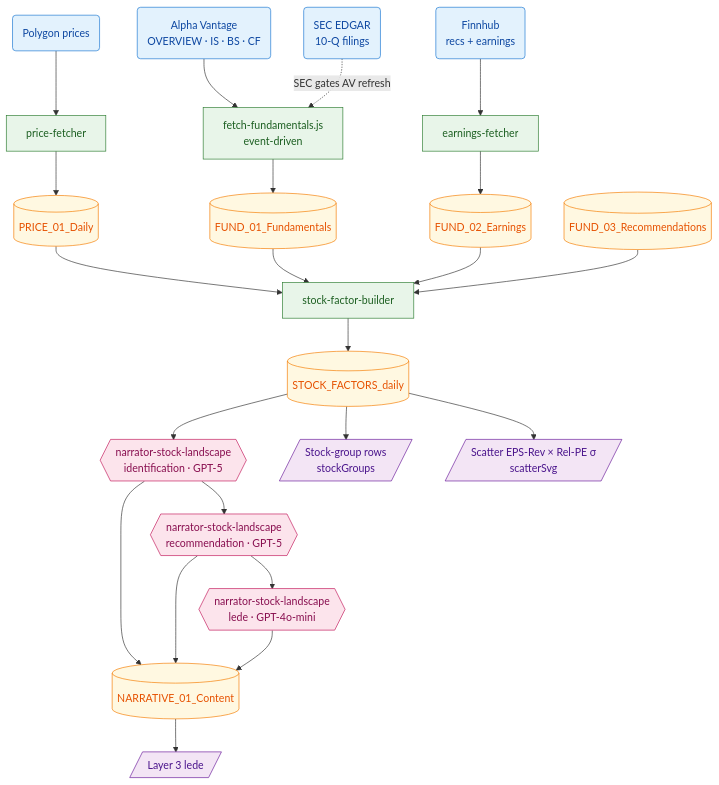
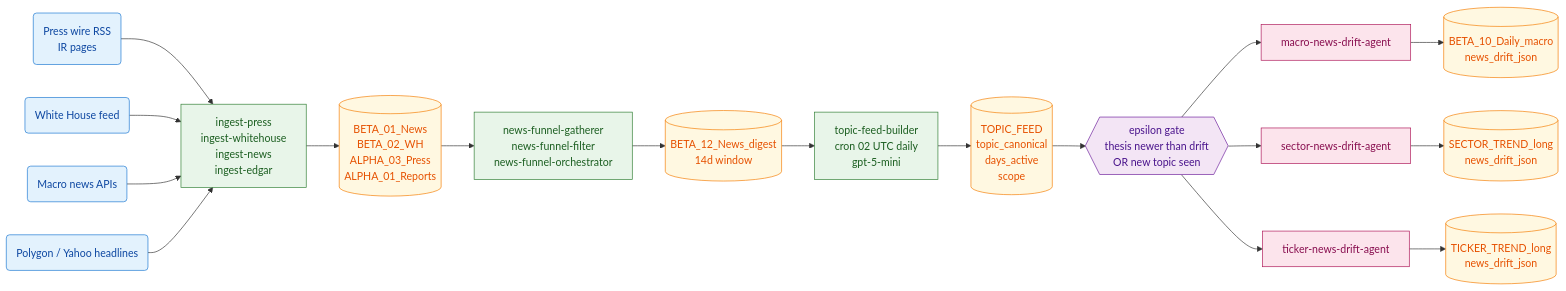
The fourth of 6 diagrams in docs/SYSTEM_REFERENCE.md (grodcas/Hedge-Portfolio), drawn with Mermaid before and after one commit. The commit also changed other lines of this file and 29 other files, not shown here.

````diff
--- a/docs/SYSTEM_REFERENCE.md
+++ b/docs/SYSTEM_REFERENCE.md
@@ -471,54 +198,49 @@
 ```mermaid
-flowchart TD
-    R1(Polygon prices):::src
-    R2(Alpha Vantage<br/>OVERVIEW · IS · BS · CF):::src
-    R3(Finnhub<br/>recs + earnings):::src
-    R4(SEC EDGAR<br/>10-Q filings):::src
+flowchart LR
+    R1(Press wire RSS<br/>IR pages):::src
+    R2(White House feed):::src
+    R3(Macro news APIs):::src
+    R4(Polygon / Yahoo headlines):::src
 
-    C1[price-fetcher]:::code
-    C2[fetch-fundamentals.js<br/>event-driven]:::code
-    C3[earnings-fetcher]:::code
-    C4[stock-factor-builder]:::code
+    C1[ingest-press<br/>ingest-whitehouse<br/>ingest-news<br/>ingest-edgar]:::code
+    C2[news-funnel-gatherer<br/>news-funnel-filter<br/>news-funnel-orchestrator]:::code
+    C3[topic-feed-builder<br/>cron 02 UTC daily<br/>gpt-5-mini]:::code
 
-    T1[(PRICE_01_Daily)]:::db
-    T2[(FUND_01_Fundamentals)]:::db
-    T3[(FUND_02_Earnings)]:::db
-    T4[(FUND_03_Recommendations)]:::db
-    T5[(STOCK_FACTORS_daily)]:::db
-    T6[(NARRATIVE_01_Content)]:::db
+    T1[(BETA_01_News<br/>BETA_02_WH<br/>ALPHA_03_Press<br/>ALPHA_01_Reports)]:::db
+    T2[(BETA_12_News_digest<br/>14d window)]:::db
+    T3[(TOPIC_FEED<br/>topic_canonical<br/>days_active<br/>scope)]:::db
 
-    A1{{narrator-stock-landscape<br/>identification · GPT-5}}:::agentLLM
-    A2{{narrator-stock-landscape<br/>recommendation · GPT-5}}:::agentLLM
-    A3{{narrator-stock-landscape<br/>lede · GPT-4o-mini}}:::agentLLM
+    A1[macro-news-drift-agent]:::agent
+    A2[sector-news-drift-agent]:::agent
+    A3[ticker-news-drift-agent]:::agent
 
-    D1[/Stock-group rows<br/>stockGroups/]:::ui
-    D2[/Scatter EPS-Rev × Rel-PE σ<br/>scatterSvg/]:::ui
-    D3[/Layer 3 lede/]:::ui
+    G1{{epsilon gate<br/>thesis newer than drift<br/>OR new topic seen}}:::gate
 
-    R1 --> C1 --> T1
-    R2 --> C2 --> T2
-    R3 --> C3 --> T3
-    R4 -. SEC gates AV refresh .-> C2
+    DBM[(BETA_10_Daily_macro<br/>news_drift_json)]:::db
+    DBS[(SECTOR_TREND_long<br/>news_drift_json)]:::db
+    DBT[(TICKER_TREND_long<br/>news_drift_json)]:::db
 
-    T1 --> C4
-    T2 --> C4
-    T3 --> C4
-    T4 --> C4
-    C4 --> T5
+    R1 --> C1
+    R2 --> C1
+    R3 --> C1
+    R4 --> C1
+    C1 --> T1
+    T1 --> C2
+    C2 --> T2
+    T2 --> C3
+    C3 --> T3
 
-    T5 --> A1 --> A2 --> A3
-    A1 --> T6
-    A2 --> T6
-    A3 --> T6
-
-    T5 --> D1
-    T5 --> D2
-    T6 --> D3
+    T3 --> G1
+    G1 --> A1
+    G1 --> A2
+    G1 --> A3
+    A1 --> DBM
+    A2 --> DBS
+    A3 --> DBT
 
     classDef src fill:#e3f2fd,stroke:#1976d2,color:#0d47a1
     classDef code fill:#e8f5e9,stroke:#2e7d32,color:#1b5e20
     classDef db fill:#fff8e1,stroke:#f57c00,color:#e65100
-    classDef agentLLM fill:#fce4ec,stroke:#c2185b,color:#880e4f
-    classDef agentDet fill:#f5f5f5,stroke:#616161,color:#212121
-    classDef ui fill:#f3e5f5,stroke:#6a1b9a,color:#4a148c
+    classDef gate fill:#f3e5f5,stroke:#6a1b9a,color:#4a148c
+    classDef agent fill:#fce4ec,stroke:#ad1457,color:#880e4f
 ```
````
